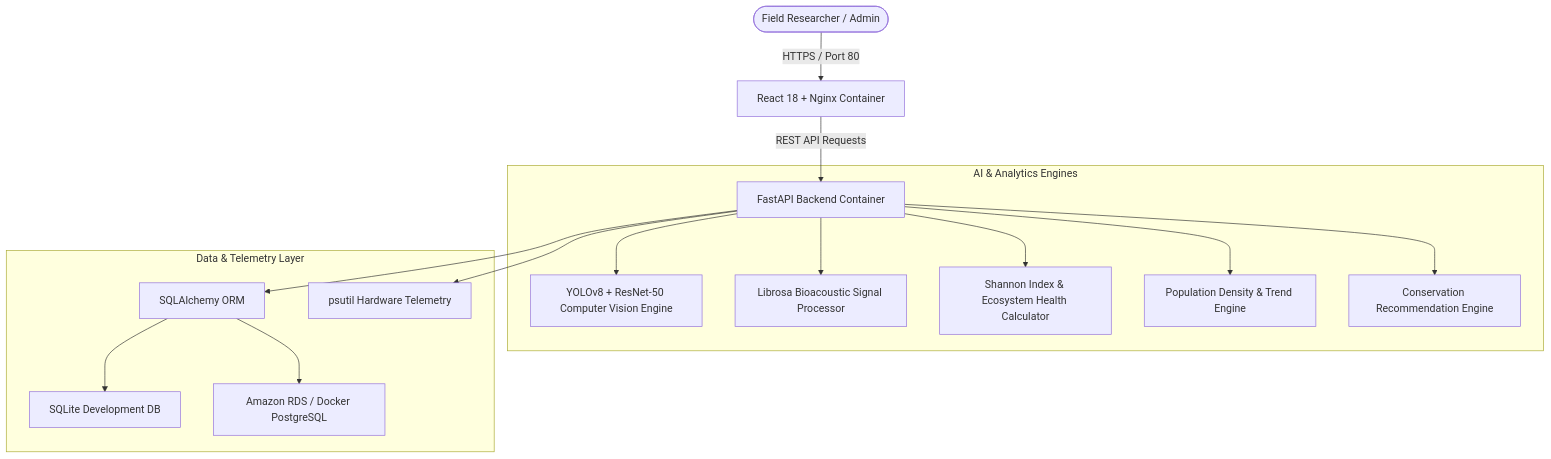
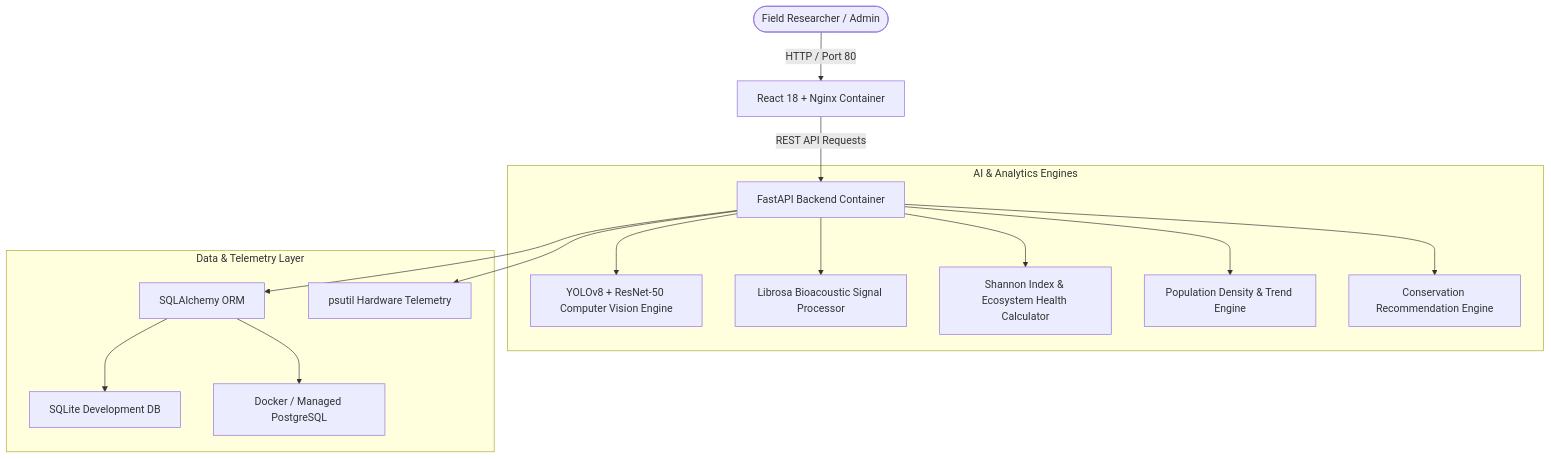
Before and after one commit to springboardmentor27400b/Wildlife-Population-Intelligence-System-Group-2: the diagram in README.md, drawn with Mermaid. The commit also changed other lines of this file and 22 other files, not shown here.

````diff
--- a/README.md
+++ b/README.md
@@ -52,20 +52,20 @@
 ```mermaid
 graph TD
-    User([Field Researcher / Admin]) -->|HTTPS / Port 80| Frontend[React 18 + Nginx Container]
+    User([Field Researcher / Admin]) -->|HTTP / Port 80| Frontend[React 18 + Nginx Container]
     Frontend -->|REST API Requests| Backend[FastAPI Backend Container]
     
     subgraph AI & Analytics Engines
         Backend --> YOLO[YOLOv8 + ResNet-50 Computer Vision Engine]
         Backend --> Audio[Librosa Bioacoustic Signal Processor]
         Backend --> Eco[Shannon Index & Ecosystem Health Calculator]
         Backend --> Pop[Population Density & Trend Engine]
         Backend --> Rec[Conservation Recommendation Engine]
     end
     
     subgraph Data & Telemetry Layer
         Backend --> ORM[SQLAlchemy ORM]
         ORM --> SQLite[SQLite Development DB]
-        ORM --> Postgres[Amazon RDS / Docker PostgreSQL]
+        ORM --> Postgres[Docker / Managed PostgreSQL]
         Backend --> Telemetry[psutil Hardware Telemetry]
     end
 ```
````
